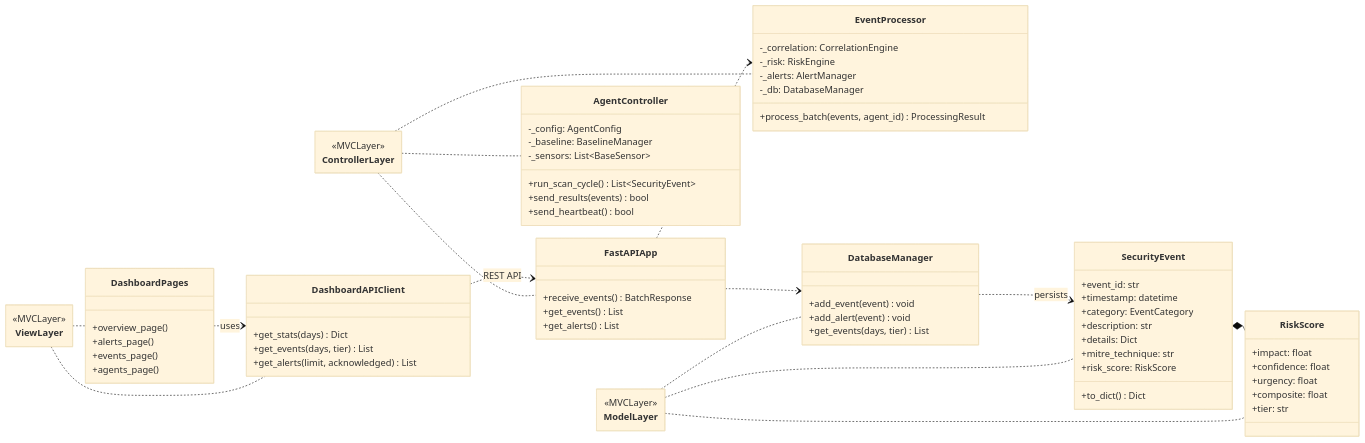
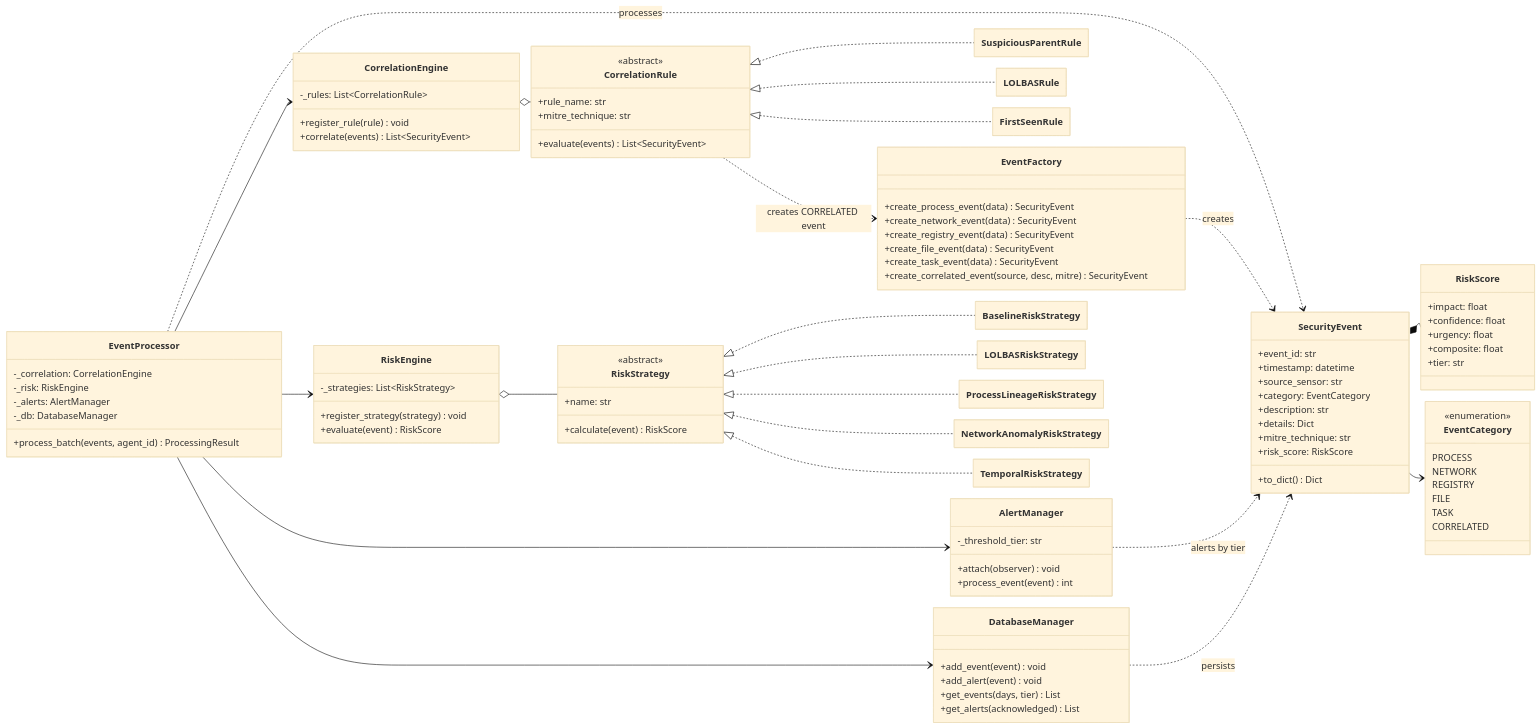
The first of 2 diagrams in uml4.md (kupetsovkn24-lgtm/HIDS), drawn with Mermaid before and after one commit.

````diff
--- a/uml4.md
+++ b/uml4.md
@@ -3,51 +3,12 @@
 ```mermaid
-%%{init: {"theme":"base","flowchart":{"nodeSpacing":22,"rankSpacing":22},"class":{"hideEmptyMembersBox":true}}}%%
+%%{init: {"theme":"base","flowchart":{"nodeSpacing":20,"rankSpacing":20},"class":{"hideEmptyMembersBox":true}}}%%
 classDiagram
 direction LR
-
-class ViewLayer { <<MVCLayer>> }
-class ControllerLayer { <<MVCLayer>> }
-class ModelLayer { <<MVCLayer>> }
-
-class DashboardPages {
-    +overview_page()
-    +alerts_page()
-    +events_page()
-    +agents_page()
-}
-
-class DashboardAPIClient {
-    +get_stats(days) Dict
-    +get_events(days, tier) List
-    +get_alerts(limit, acknowledged) List
-}
-
-class AgentController {
-    -_config: AgentConfig
-    -_baseline: BaselineManager
-    -_sensors: List~BaseSensor~
-    +run_scan_cycle() List~SecurityEvent~
-    +send_results(events) bool
-    +send_heartbeat() bool
-}
-
-class FastAPIApp {
-    +receive_events() BatchResponse
-    +get_events() List
-    +get_alerts() List
-}
-
-class EventProcessor {
-    -_correlation: CorrelationEngine
-    -_risk: RiskEngine
-    -_alerts: AlertManager
-    -_db: DatabaseManager
-    +process_batch(events, agent_id) ProcessingResult
-}
 
 class SecurityEvent {
     +event_id: str
     +timestamp: datetime
+    +source_sensor: str
     +category: EventCategory
     +description: str
     +details: Dict
@@ -64,25 +25,103 @@
     +tier: str
 }
 
+class EventCategory {
+    <<enumeration>>
+    PROCESS
+    NETWORK
+    REGISTRY
+    FILE
+    TASK
+    CORRELATED
+}
+
+class EventFactory {
+    +create_process_event(data) SecurityEvent
+    +create_network_event(data) SecurityEvent
+    +create_registry_event(data) SecurityEvent
+    +create_file_event(data) SecurityEvent
+    +create_task_event(data) SecurityEvent
+    +create_correlated_event(source, desc, mitre) SecurityEvent
+}
+
+class CorrelationEngine {
+    -_rules: List~CorrelationRule~
+    +register_rule(rule) void
+    +correlate(events) List~SecurityEvent~
+}
+
+class CorrelationRule {
+    <<abstract>>
+    +evaluate(events) List~SecurityEvent~
+    +rule_name: str
+    +mitre_technique: str
+}
+
+class SuspiciousParentRule
+class LOLBASRule
+class FirstSeenRule
+
+class RiskEngine {
+    -_strategies: List~RiskStrategy~
+    +register_strategy(strategy) void
+    +evaluate(event) RiskScore
+}
+
+class RiskStrategy {
+    <<abstract>>
+    +calculate(event) RiskScore
+    +name: str
+}
+
+class BaselineRiskStrategy
+class LOLBASRiskStrategy
+class ProcessLineageRiskStrategy
+class NetworkAnomalyRiskStrategy
+class TemporalRiskStrategy
+
+class AlertManager {
+    -_threshold_tier: str
+    +attach(observer) void
+    +process_event(event) int
+}
+
 class DatabaseManager {
     +add_event(event) void
     +add_alert(event) void
     +get_events(days, tier) List
+    +get_alerts(acknowledged) List
 }
 
-ViewLayer .. DashboardPages
-ViewLayer .. DashboardAPIClient
-ControllerLayer .. AgentController
-ControllerLayer .. FastAPIApp
-ControllerLayer .. EventProcessor
-ModelLayer .. SecurityEvent
-ModelLayer .. RiskScore
-ModelLayer .. DatabaseManager
+class EventProcessor {
+    -_correlation: CorrelationEngine
+    -_risk: RiskEngine
+    -_alerts: AlertManager
+    -_db: DatabaseManager
+    +process_batch(events, agent_id) ProcessingResult
+}
 
-DashboardPages ..> DashboardAPIClient : uses
-DashboardAPIClient ..> FastAPIApp : REST API
-FastAPIApp ..> EventProcessor
-FastAPIApp ..> DatabaseManager
 SecurityEvent *-- RiskScore
+SecurityEvent --> EventCategory
 DatabaseManager ..> SecurityEvent : persists
+EventProcessor ..> SecurityEvent : processes
+
+CorrelationRule <|.. SuspiciousParentRule
+CorrelationRule <|.. LOLBASRule
+CorrelationRule <|.. FirstSeenRule
+CorrelationEngine o-- CorrelationRule
+CorrelationRule ..> EventFactory : creates CORRELATED event
+EventFactory ..> SecurityEvent : creates
+
+RiskStrategy <|.. BaselineRiskStrategy
+RiskStrategy <|.. LOLBASRiskStrategy
+RiskStrategy <|.. ProcessLineageRiskStrategy
+RiskStrategy <|.. NetworkAnomalyRiskStrategy
+RiskStrategy <|.. TemporalRiskStrategy
+RiskEngine o-- RiskStrategy
+
+EventProcessor --> CorrelationEngine
+EventProcessor --> RiskEngine
+EventProcessor --> AlertManager
+EventProcessor --> DatabaseManager
+AlertManager ..> SecurityEvent : alerts by tier
 ```
````
